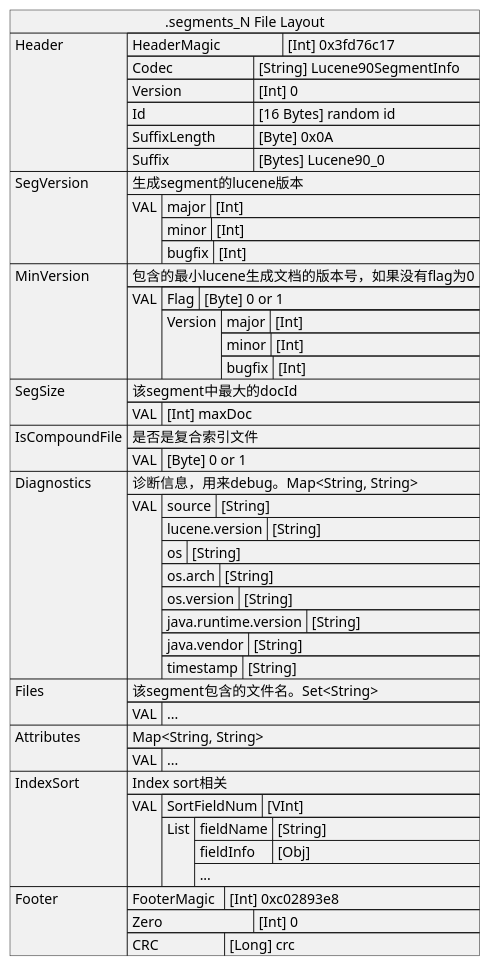
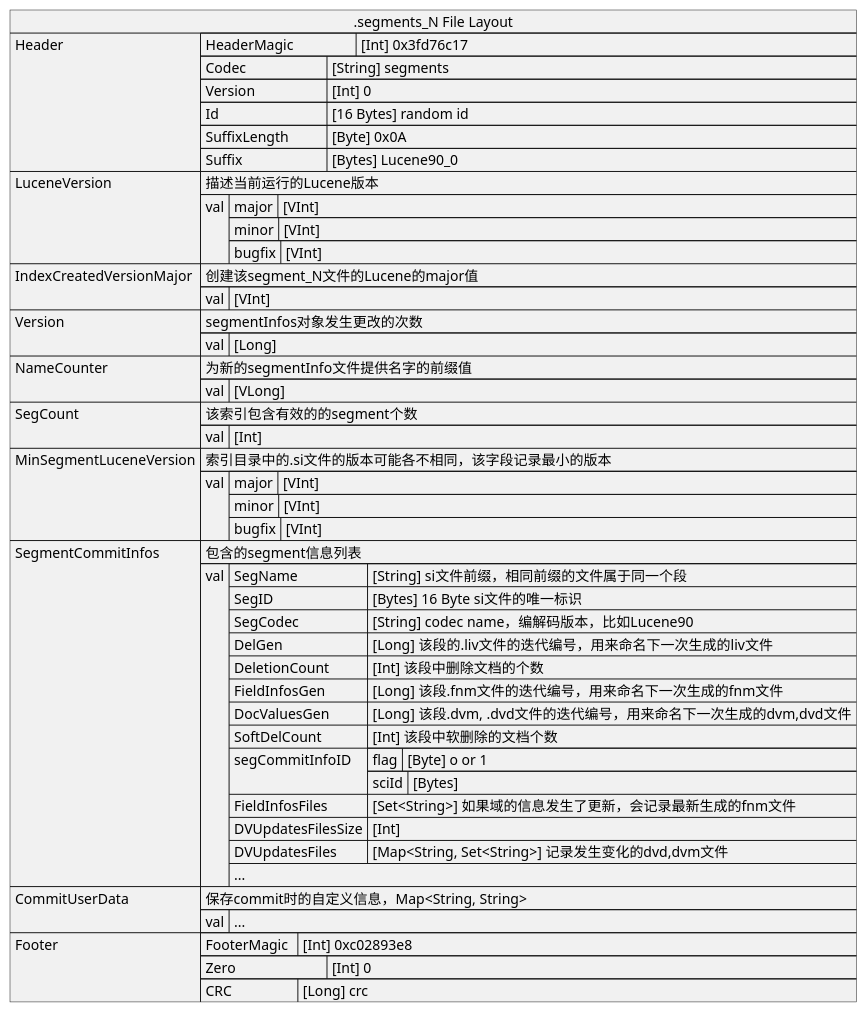
Before and after one commit to big-peter/lucene: the diagram in uml/fileLayout/50.segments_N.puml, drawn with PlantUML. The commit also changed 2 other files, not shown here.

Commit message:
add segments_N filelayout

```diff
--- a/uml/fileLayout/50.segments_N.puml
+++ b/uml/fileLayout/50.segments_N.puml
@@ -5,86 +5,86 @@
 @startuml
 json ".segments_N File Layout" as J {
     "Header":[
        {"HeaderMagic\t\t": "[Int] 0x3fd76c17"},
-       {"Codec\t\t\t": "[String] Lucene90SegmentInfo"},
+       {"Codec\t\t\t": "[String] segments"},
        {"Version\t\t\t": "[Int] 0"},
        {"Id\t\t\t\t": "[16 Bytes] random id"},
        {"SuffixLength\t\t": "[Byte] 0x0A"},
        {"Suffix\t\t\t": "[Bytes] Lucene90_0"}
     ],
-    "SegVersion":[
-        "生成segment的lucene版本",
-        {"VAL": [
-            {"major": "[Int]"},
-            {"minor": "[Int]"},
-            {"bugfix": "[Int]"}
+    "LuceneVersion":[
+        "描述当前运行的Lucene版本",
+        {"val": [
+            {"major": "[VInt]"},
+            {"minor": "[VInt]"},
+            {"bugfix": "[VInt]"}
         ]}
     ],
-    "MinVersion":[
-        "包含的最小lucene生成文档的版本号，如果没有flag为0",
-        {"VAL": [
-            {"Flag": "[Byte] 0 or 1"},
-            {"Version": [
-                {"major": "[Int]"},
-                {"minor": "[Int]"},
-                {"bugfix": "[Int]"}
-            ]}
-        ]}
-     ],
-    "SegSize":[
-        "该segment中最大的docId",
-        {"VAL": [
-            "[Int] maxDoc"
+    "IndexCreatedVersionMajor":[
+        "创建该segment_N文件的Lucene的major值",
+        {"val": [
+            "[VInt]"
         ]}
     ],
-    "IsCompoundFile":[
-        "是否是复合索引文件",
-        {"VAL": [
-            "[Byte] 0 or 1"
+    "Version":[
+        "segmentInfos对象发生更改的次数",
+        {"val": [
+            "[Long]"
         ]}
     ],
-    "Diagnostics":[
-        "诊断信息，用来debug。Map<String, String>",
-        {"VAL": [
-            {"source": "[String]"},
-            {"lucene.version": "[String]"},
-            {"os": "[String]"},
-            {"os.arch": "[String]"},
-            {"os.version": "[String]"},
-            {"java.runtime.version": "[String]"},
-            {"java.vendor": "[String]"},
-            {"timestamp": "[String]"}
+    "NameCounter":[
+        "为新的segmentInfo文件提供名字的前缀值",
+        {"val": [
+            "[VLong]"
         ]}
     ],
-    "Files":[
-        "该segment包含的文件名。Set<String>",
-        {"VAL": [
+    "SegCount":[
+        "该索引包含有效的的segment个数",
+        {"val": [
+            "[Int]"
+        ]}
+    ],
+    "MinSegmentLuceneVersion":[
+        "索引目录中的.si文件的版本可能各不相同，该字段记录最小的版本",
+        {"val": [
+            {"major": "[VInt]"},
+            {"minor": "[VInt]"},
+            {"bugfix": "[VInt]"}
+        ]}
+    ],
+    "SegmentCommitInfos":[
+        "包含的segment信息列表",
+        {"val": [
+            {
+                "SegName": "[String] si文件前缀，相同前缀的文件属于同一个段",
+                "SegID": "[Bytes] 16 Byte si文件的唯一标识",
+                "SegCodec": "[String] codec name，编解码版本，比如Lucene90",
+                "DelGen": "[Long] 该段的.liv文件的迭代编号，用来命名下一次生成的liv文件",
+                "DeletionCount": "[Int] 该段中删除文档的个数",
+                "FieldInfosGen": "[Long] 该段.fnm文件的迭代编号，用来命名下一次生成的fnm文件",
+                "DocValuesGen": "[Long] 该段.dvm, .dvd文件的迭代编号，用来命名下一次生成的dvm,dvd文件",
+                "SoftDelCount": "[Int] 该段中软删除的文档个数",
+                "segCommitInfoID": [
+                    {"flag": "[Byte] o or 1"},
+                    {"sciId": "[Bytes]"}
+                ],
+                "FieldInfosFiles": "[Set<String>] 如果域的信息发生了更新，会记录最新生成的fnm文件",
+                "DVUpdatesFilesSize": "[Int]",
+                "DVUpdatesFiles": "[Map<String, Set<String>] 记录发生变化的dvd,dvm文件"
+            },
             "..."
         ]}
     ],
-    "Attributes":[
-        "Map<String, String>",
-        {"VAL": [
+    "CommitUserData":[
+        "保存commit时的自定义信息，Map<String, String>",
+        {"val": [
             "..."
-        ]}
-    ],
-    "IndexSort":[
-        "Index sort相关",
-        {"VAL": [
-            {"SortFieldNum" : "[VInt]"},
-            {"List":[
-                {
-                    "fieldName": "[String]",
-                    "fieldInfo": "[Obj]"
-                },
-                "..."
-            ]}
         ]}
     ],
     "Footer":[
        {"FooterMagic\t": "[Int] 0xc02893e8"},
        {"Zero\t\t\t": "[Int] 0"},
        {"CRC\t\t\t": "[Long] crc"}
     ]
 }
 @enduml
```
